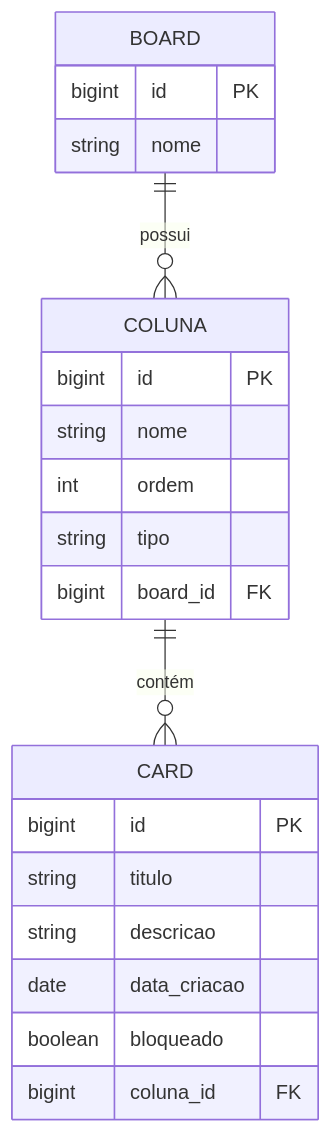
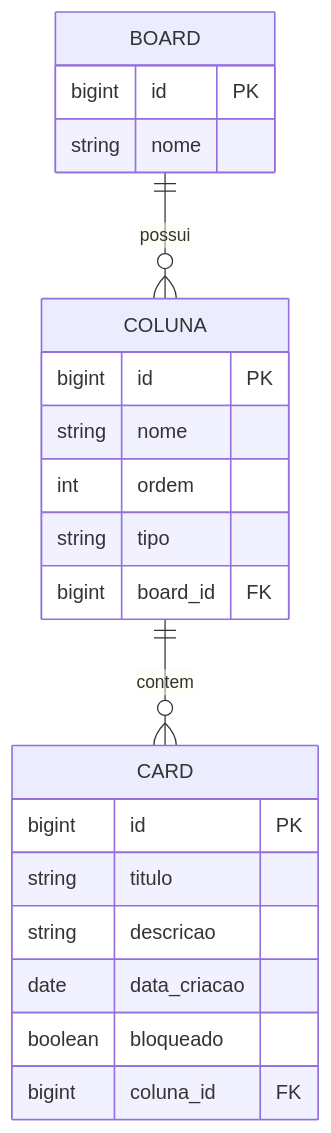
The diagram in board_api/README.md (reginaldojr-dev/gft-board-api), drawn with Mermaid before and after one commit.

Commit message:
ajuste mermaid README

````diff
--- a/board_api/README.md
+++ b/board_api/README.md
@@ -37,24 +37,24 @@
 ```mermaid
 erDiagram
     BOARD ||--o{ COLUNA : possui
-    COLUNA ||--o{ CARD : contém
+    COLUNA ||--o{ CARD : contem
     BOARD {
         bigint id PK
         string nome
     }
     COLUNA {
         bigint id PK
         string nome
         int ordem
         string tipo
         bigint board_id FK
     }
     CARD {
         bigint id PK
         string titulo
         string descricao
         date data_criacao
         boolean bloqueado
         bigint coluna_id FK
     }
 ```
````
